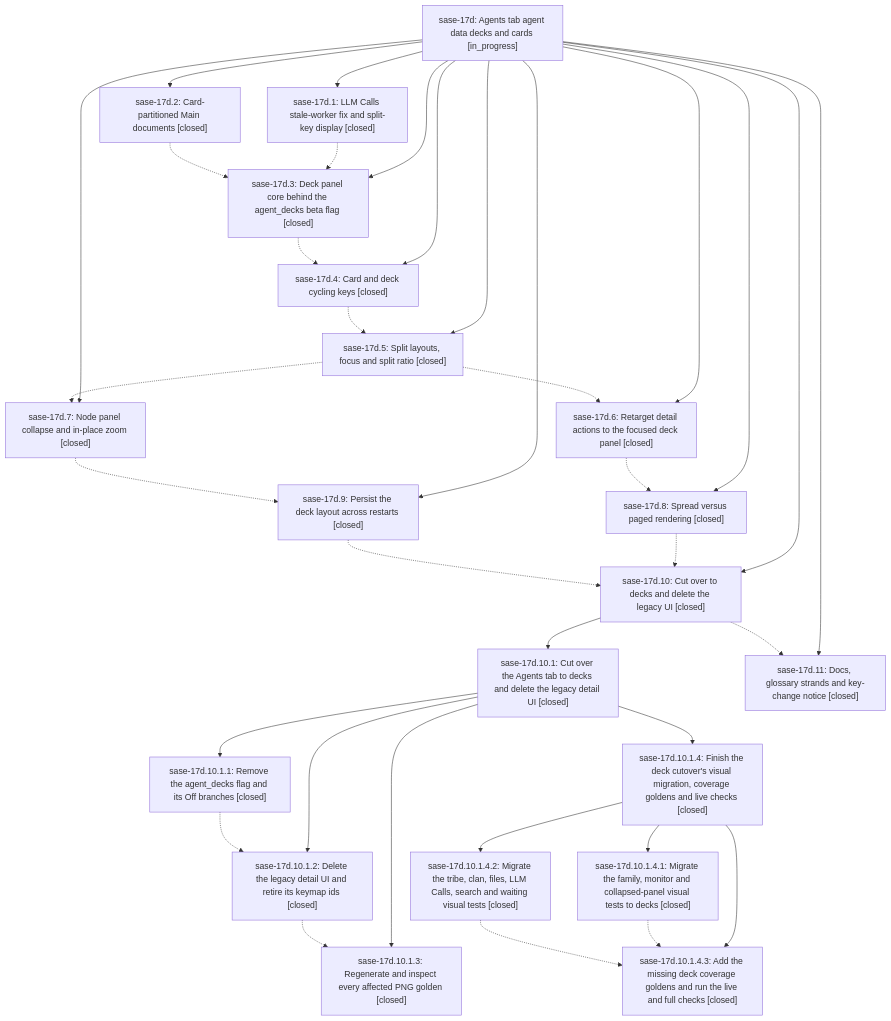
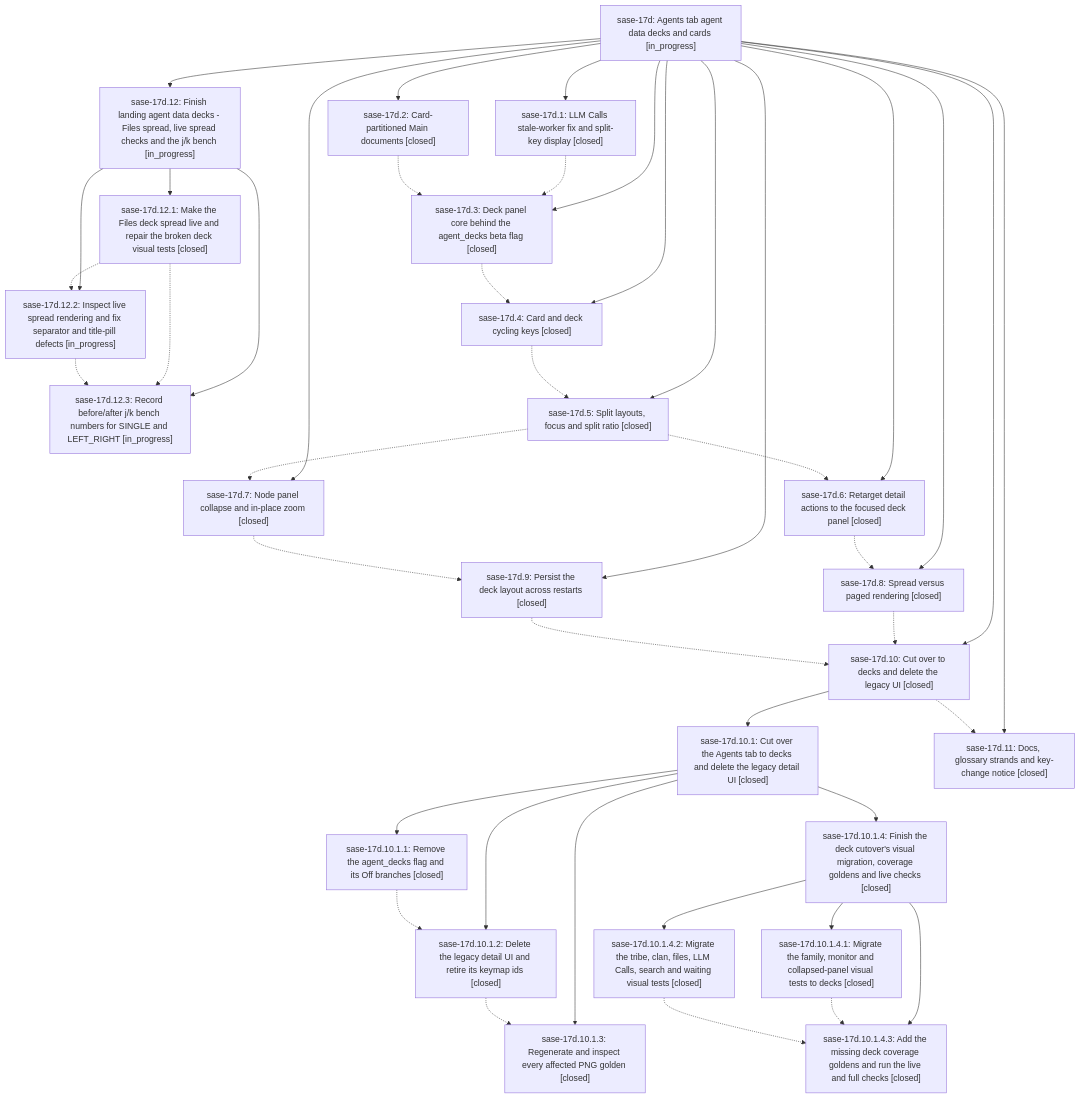
The diagram in pages/sase-17d/README.md (sase-org/sase--beads), drawn with Mermaid before and after one commit. The commit also changed other lines of this file and 6 other files, not shown here.

````diff
--- a/pages/sase-17d/README.md
+++ b/pages/sase-17d/README.md
@@ -52,57 +95,68 @@
 ```mermaid
 flowchart TD
     n0["sase-17d: Agents tab agent data decks and cards [in_progress]"]
     n1["sase-17d.1: LLM Calls stale-worker fix and split-key display [closed]"]
     n2["sase-17d.10: Cut over to decks and delete the legacy UI [closed]"]
     n3["sase-17d.10.1: Cut over the Agents tab to decks and delete the legacy detail UI [closed]"]
     n4["sase-17d.10.1.1: Remove the agent_decks flag and its Off branches [closed]"]
     n5["sase-17d.10.1.2: Delete the legacy detail UI and retire its keymap ids [closed]"]
     n6["sase-17d.10.1.3: Regenerate and inspect every affected PNG golden [closed]"]
     n7["sase-17d.10.1.4: Finish the deck cutover's visual migration, coverage goldens and live checks [closed]"]
     n8["sase-17d.10.1.4.1: Migrate the family, monitor and collapsed-panel visual tests to decks [closed]"]
     n9["sase-17d.10.1.4.2: Migrate the tribe, clan, files, LLM Calls, search and waiting visual tests [closed]"]
     n10["sase-17d.10.1.4.3: Add the missing deck coverage goldens and run the live and full checks [closed]"]
     n11["sase-17d.11: Docs, glossary strands and key-change notice [closed]"]
-    n12["sase-17d.2: Card-partitioned Main documents [closed]"]
-    n13["sase-17d.3: Deck panel core behind the agent_decks beta flag [closed]"]
-    n14["sase-17d.4: Card and deck cycling keys [closed]"]
-    n15["sase-17d.5: Split layouts, focus and split ratio [closed]"]
-    n16["sase-17d.6: Retarget detail actions to the focused deck panel [closed]"]
-    n17["sase-17d.7: Node panel collapse and in-place zoom [closed]"]
-    n18["sase-17d.8: Spread versus paged rendering [closed]"]
-    n19["sase-17d.9: Persist the deck layout across restarts [closed]"]
+    n12["sase-17d.12: Finish landing agent data decks - Files spread, live spread checks and the j/k bench [in_progress]"]
+    n13["sase-17d.12.1: Make the Files deck spread live and repair the broken deck visual tests [closed]"]
+    n14["sase-17d.12.2: Inspect live spread rendering and fix separator and title-pill defects [in_progress]"]
+    n15["sase-17d.12.3: Record before/after j/k bench numbers for SINGLE and LEFT_RIGHT [in_progress]"]
+    n16["sase-17d.2: Card-partitioned Main documents [closed]"]
+    n17["sase-17d.3: Deck panel core behind the agent_decks beta flag [closed]"]
+    n18["sase-17d.4: Card and deck cycling keys [closed]"]
+    n19["sase-17d.5: Split layouts, focus and split ratio [closed]"]
+    n20["sase-17d.6: Retarget detail actions to the focused deck panel [closed]"]
+    n21["sase-17d.7: Node panel collapse and in-place zoom [closed]"]
+    n22["sase-17d.8: Spread versus paged rendering [closed]"]
+    n23["sase-17d.9: Persist the deck layout across restarts [closed]"]
     n0 --> n1
     n0 --> n2
     n2 --> n3
     n3 --> n4
     n3 --> n5
     n3 --> n6
     n3 --> n7
     n7 --> n8
     n7 --> n9
     n7 --> n10
     n0 --> n11
     n0 --> n12
-    n0 --> n13
-    n0 --> n14
-    n0 --> n15
+    n12 --> n13
+    n12 --> n14
+    n12 --> n15
     n0 --> n16
     n0 --> n17
     n0 --> n18
     n0 --> n19
-    n1 -.-> n13
+    n0 --> n20
+    n0 --> n21
+    n0 --> n22
+    n0 --> n23
+    n1 -.-> n17
     n2 -.-> n11
     n4 -.-> n5
     n5 -.-> n6
     n8 -.-> n10
     n9 -.-> n10
-    n12 -.-> n13
     n13 -.-> n14
+    n13 -.-> n15
     n14 -.-> n15
-    n15 -.-> n16
-    n15 -.-> n17
-    n16 -.-> n18
-    n17 -.-> n19
-    n18 -.-> n2
-    n19 -.-> n2
+    n16 -.-> n17
+    n17 -.-> n18
+    n18 -.-> n19
+    n19 -.-> n20
+    n19 -.-> n21
+    n20 -.-> n22
+    n21 -.-> n23
+    n22 -.-> n2
+    n23 -.-> n2
 ```
````
